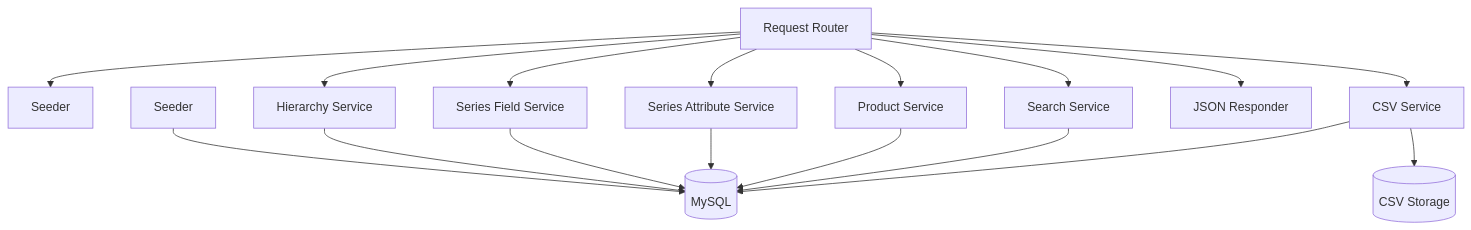
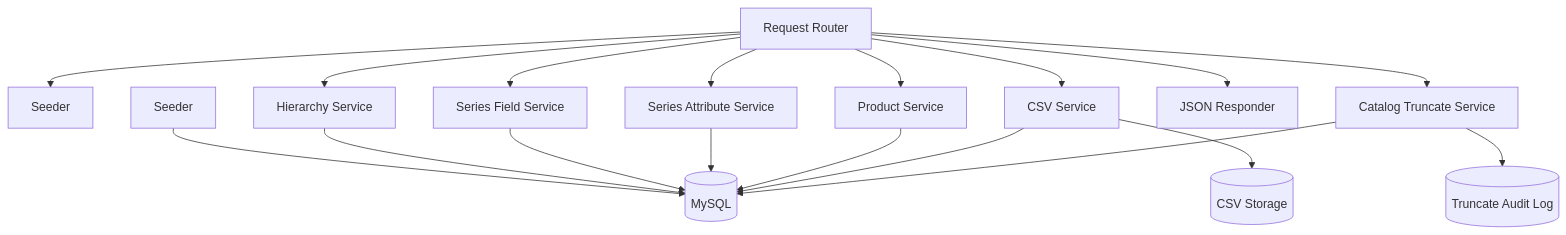
One commit to sinjie2008/Foundational-Electronics-Core-Systems changed the third of 9 diagrams in docs/spec.md. Above: the diagram before and after it, drawn with Mermaid. The commit also changed other lines of this file and 10 other files, not shown here.

````diff
--- a/docs/spec.md
+++ b/docs/spec.md
@@ -258,19 +277,20 @@
 ```mermaid
 graph TD
     Controller[Request Router] --> SeedModule[Seeder]
     Controller --> HierarchyModule[Hierarchy Service]
     Controller --> SeriesFieldModule[Series Field Service]
     Controller --> SeriesAttributeModule[Series Attribute Service]
     Controller --> ProductModule[Product Service]
-    Controller --> SearchModule[Search Service]
     Controller --> CsvModule[CSV Service]
+    Controller --> TruncateModule[Catalog Truncate Service]
     Controller --> JsonResponder[JSON Responder]
     Seeder --> MySQLDB[(MySQL)]
     HierarchyModule --> MySQLDB
     SeriesFieldModule --> MySQLDB
     SeriesAttributeModule --> MySQLDB
     ProductModule --> MySQLDB
-    SearchModule --> MySQLDB
     CsvModule --> MySQLDB
     CsvModule --> CsvStore[(CSV Storage)]
+    TruncateModule --> MySQLDB
+    TruncateModule --> AuditLog[(Truncate Audit Log)]
 ```
````
